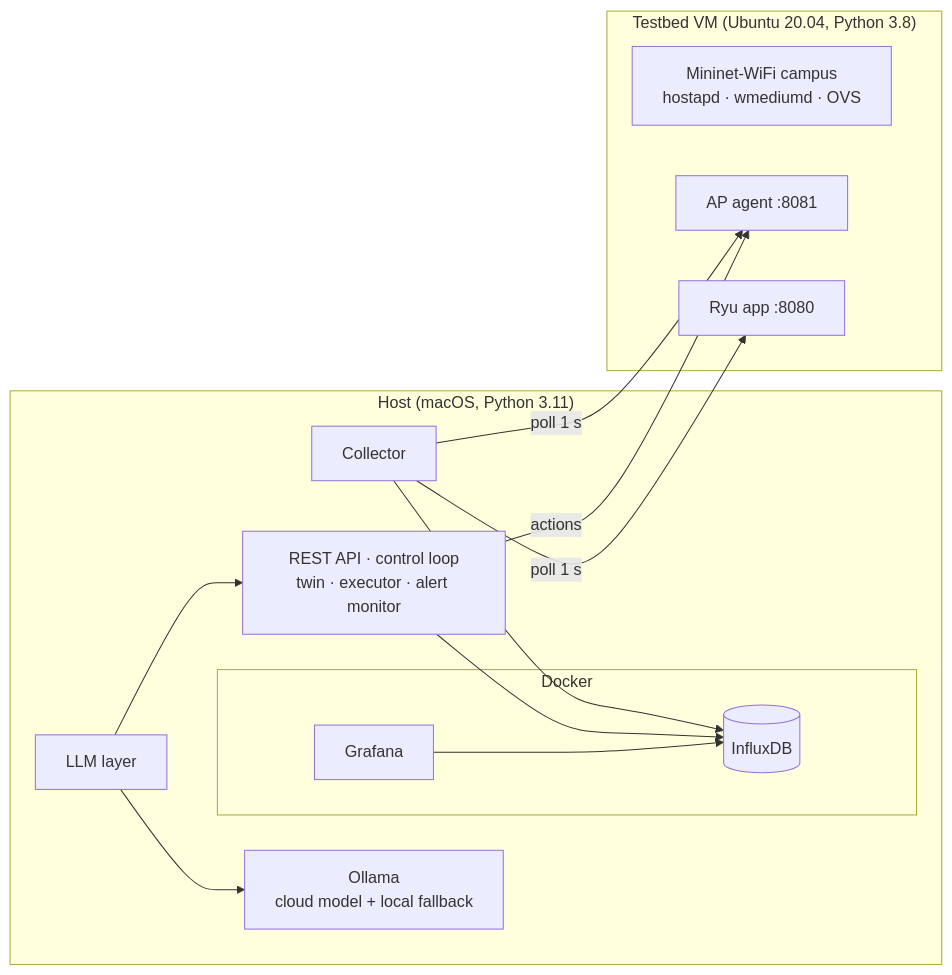
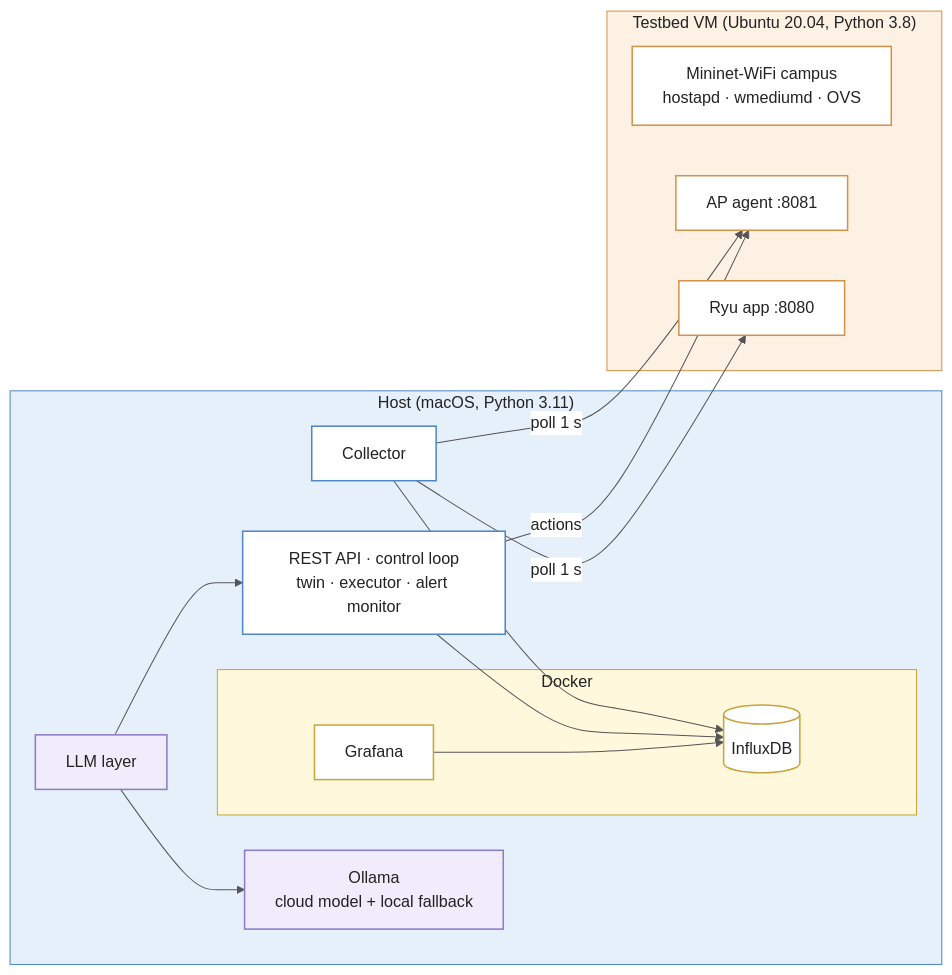
The diagram in docs/report/figures/fig-5-1.mmd (AggimallaAbhishek/Digital-Twin-SDN), drawn with Mermaid before and after one commit. The commit also changed 9 other files, not shown here.

Commit message:
style: add mermaid diagram themes, styling, and structural boxes to documentation figures

```diff
--- a/docs/report/figures/fig-5-1.mmd
+++ b/docs/report/figures/fig-5-1.mmd
@@ -1,24 +1,37 @@
+%%{init: {"theme": "base", "themeVariables": {"primaryColor": "#ffffff", "primaryTextColor": "#222222", "primaryBorderColor": "#666666", "lineColor": "#555555", "edgeLabelBackground": "#ffffff"}}}%%
 flowchart LR
     subgraph MAC["Host (macOS, Python 3.11)"]
         API["REST API · control loop<br/>twin · executor · alert monitor"]
         GEN["LLM layer"]
         COL["Collector"]
         subgraph DOCKER["Docker"]
             INF[("InfluxDB")]
             GRA["Grafana"]
         end
         OLL["Ollama<br/>cloud model + local fallback"]
     end
     subgraph VM["Testbed VM (Ubuntu 20.04, Python 3.8)"]
         MN["Mininet-WiFi campus<br/>hostapd · wmediumd · OVS"]
         AG["AP agent :8081"]
         RY["Ryu app :8080"]
     end
     COL -- "poll 1 s" --> AG
     COL -- "poll 1 s" --> RY
     COL --> INF
     API --> INF
     API -- "actions" --> AG
     GEN --> API
     GEN --> OLL
     GRA --> INF
+
+    style MAC fill:#E6F0FA,stroke:#4F86C6,color:#222222
+    style DOCKER fill:#FFF8DC,stroke:#C9A43A,color:#222222
+    style VM fill:#FDF1E3,stroke:#D4914A,color:#222222
+    classDef host fill:#ffffff,stroke:#4F86C6,stroke-width:1.5px
+    classDef store fill:#ffffff,stroke:#C9A43A,stroke-width:1.5px
+    classDef vm fill:#ffffff,stroke:#D4914A,stroke-width:1.5px
+    classDef llm fill:#F1ECFB,stroke:#8B7BC8,stroke-width:1.5px
+    class API,COL host
+    class GEN,OLL llm
+    class INF,GRA store
+    class MN,AG,RY vm
```
